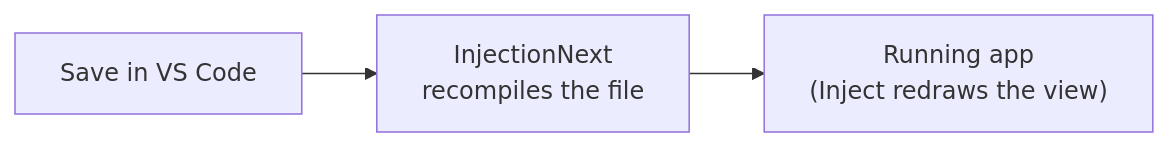
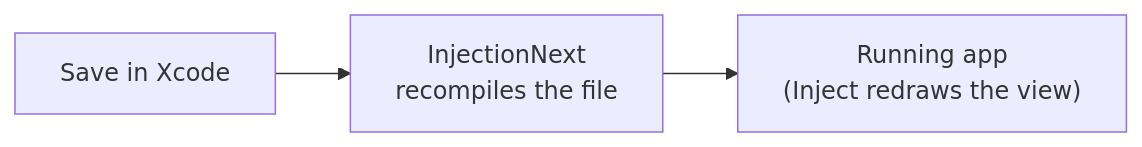
The diagram in docs/dev-docs/hot-reload.md (DAMHONGDUC/site-log-ios), drawn with Mermaid before and after one commit. The commit also changed other lines of this file and 10 other files, not shown here.

First line of the commit message:
chore: tooling - drop the VS Code setup, develop in Xcode only

````diff
--- a/docs/dev-docs/hot-reload.md
+++ b/docs/dev-docs/hot-reload.md
@@ -6,5 +6,5 @@
 ```mermaid
 flowchart LR
-    E["Save in VS Code"] --> N["InjectionNext<br/>recompiles the file"]
+    E["Save in Xcode"] --> N["InjectionNext<br/>recompiles the file"]
     N --> A["Running app<br/>(Inject redraws the view)"]
 ```
````
